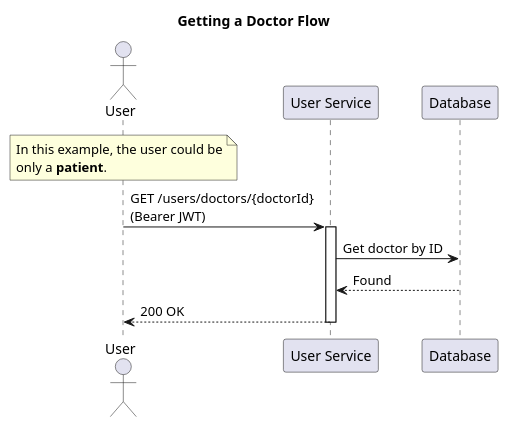
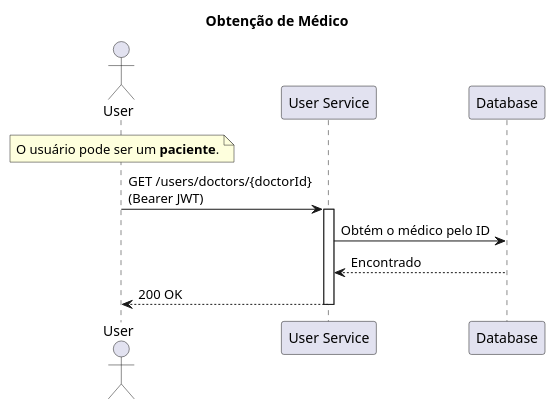
Before and after one commit to jfelipearaujo-healthmed/user-service: the diagram in docs/get_doctor.puml, drawn with PlantUML. The commit also changed 12 other files, not shown here.

```diff
--- a/docs/get_doctor.puml
+++ b/docs/get_doctor.puml
@@ -1,21 +1,20 @@
 @startuml get_doctor
 
-title Getting a Doctor Flow
+title Obtenção de Médico
 
 actor "User" as user
 participant "User Service" as user_service
 participant "Database" as database
 
 note over user
-In this example, the user could be
-only a **patient**.
+O usuário pode ser um **paciente**.
 end note
 
 user -> user_service: GET /users/doctors/{doctorId}\n(Bearer JWT)
 activate user_service
-user_service -> database: Get doctor by ID
-database --> user_service: Found
+user_service -> database: Obtém o médico pelo ID
+database --> user_service: Encontrado
 user_service --> user: 200 OK
 deactivate user_service
 
 @enduml
```
